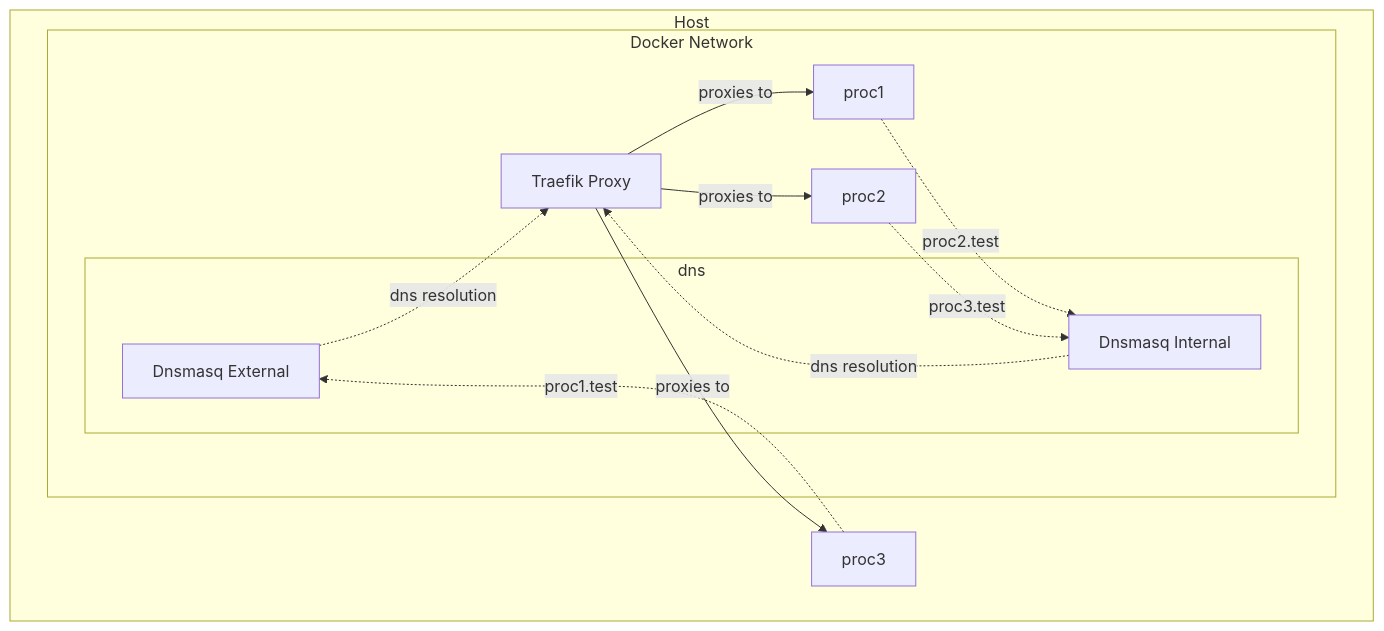
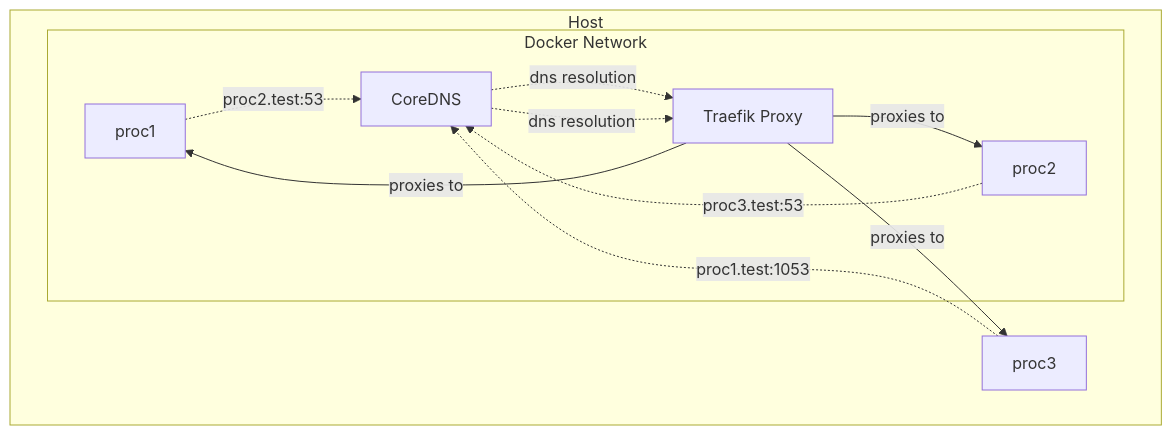
Before and after one commit to kepler16/kl: the diagram in docs/network-topology.md, drawn with Mermaid. The commit also changed other lines of this file and 6 other files, not shown here.

````diff
--- a/docs/network-topology.md
+++ b/docs/network-topology.md
@@ -18,28 +24,25 @@
 ```mermaid
 flowchart TD
   subgraph host[Host]
     proc3
 
     subgraph docker[Docker Network]
       proc1
       proc2
 
-      subgraph dns
-       de[Dnsmasq External]
-       di[Dnsmasq Internal]
-      end
+      dns[CoreDNS]
 
       proxy[Traefik Proxy]
 
-      proc1 -. "proc2.test" .-> di
-      proc2 -. "proc3.test" .-> di
+      proc1 -. "proc2.test:53" .-> dns
+      proc2 -. "proc3.test:53" .-> dns
 
-      di -. dns resolution .-> proxy
+      dns -. dns resolution .-> proxy
     end
   end
 
 
-  proc3 -. "proc1.test" .-> de -. dns resolution .-> proxy
+  proc3 -. "proc1.test:1053" .-> dns -. dns resolution .-> proxy
 
   proxy -- "proxies to" --> proc1 & proc2 & proc3
 ```
````
